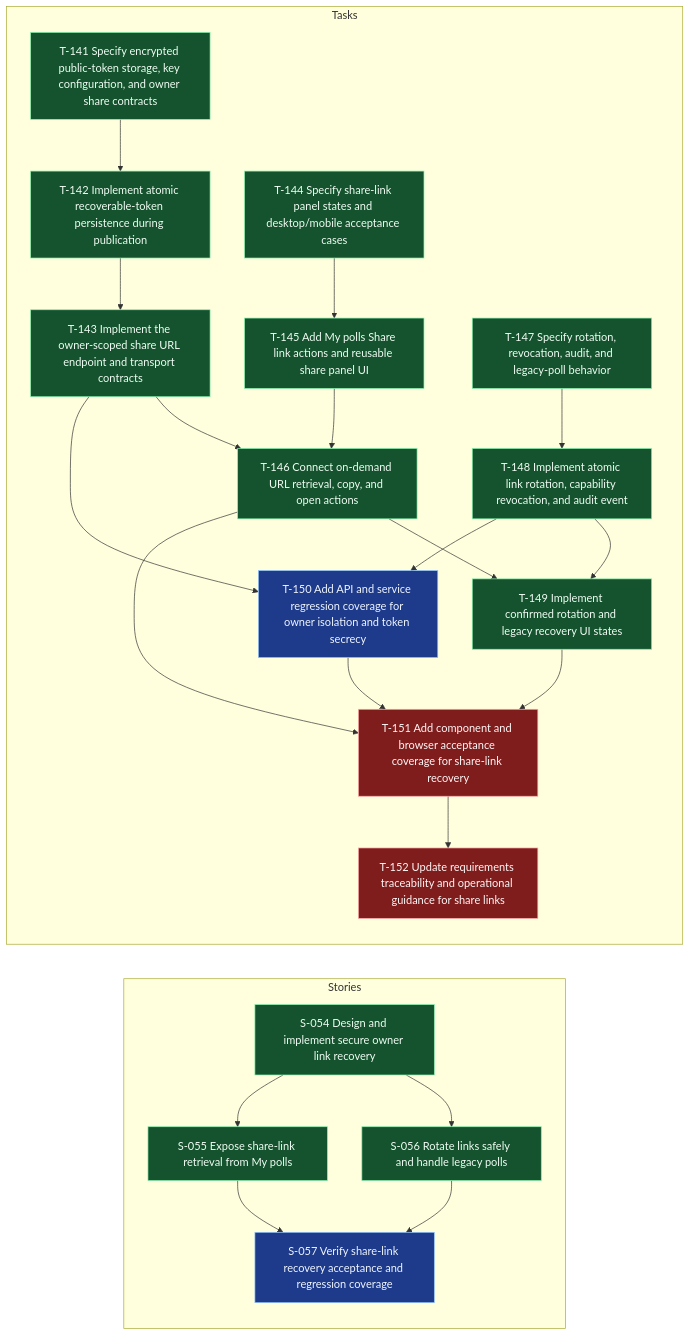
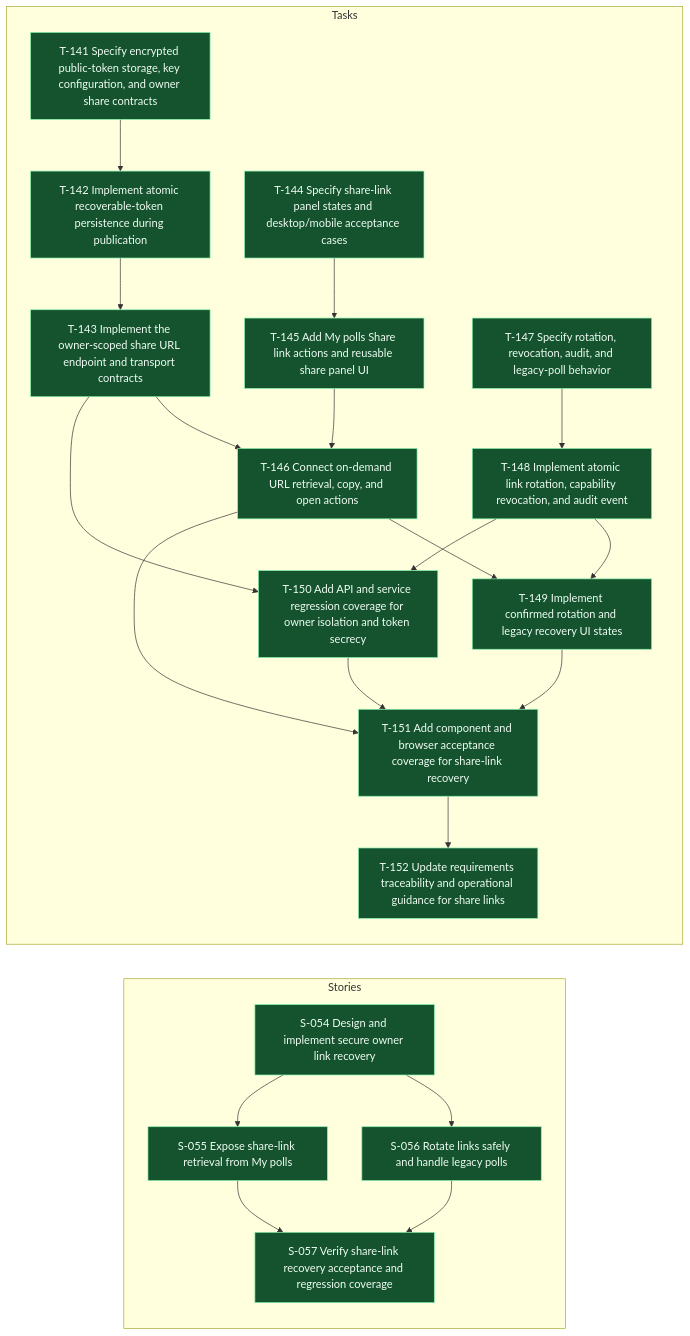
Before and after one commit to andybalham/invite-agent: the diagram in .worktracker/graphs/E-015.mmd, drawn with Mermaid. The commit also changed 19 other files, not shown here.

First line of the commit message:
feat: Implement share link recovery and rotation for polls

```diff
--- a/.worktracker/graphs/E-015.mmd
+++ b/.worktracker/graphs/E-015.mmd
@@ -1,60 +1,60 @@
 graph LR
   classDef done fill:#14532d,stroke:#86efac,color:#f0fdf4;
   classDef blocked fill:#7f1d1d,stroke:#fca5a5,color:#fff7f7;
   classDef inprogress fill:#78350f,stroke:#fbbf24,color:#fffbeb;
   classDef todo fill:#1e3a8a,stroke:#93c5fd,color:#eff6ff;
   classDef empty fill:#374151,stroke:#d1d5db,color:#f9fafb,stroke-dasharray: 3 3;
   subgraph Stories
     S054["S-054 Design and implement secure owner link recovery"]:::done
     S055["S-055 Expose share-link retrieval from My polls"]:::done
     S056["S-056 Rotate links safely and handle legacy polls"]:::done
-    S057["S-057 Verify share-link recovery acceptance and regression coverage"]:::todo
+    S057["S-057 Verify share-link recovery acceptance and regression coverage"]:::done
     S054 --> S055
     S054 --> S056
     S055 --> S057
     S056 --> S057
   end
   subgraph Tasks
     T141["T-141 Specify encrypted public-token storage, key configuration, and owner share contracts"]:::done
     T142["T-142 Implement atomic recoverable-token persistence during publication"]:::done
     T143["T-143 Implement the owner-scoped share URL endpoint and transport contracts"]:::done
     T144["T-144 Specify share-link panel states and desktop/mobile acceptance cases"]:::done
     T145["T-145 Add My polls Share link actions and reusable share panel UI"]:::done
     T146["T-146 Connect on-demand URL retrieval, copy, and open actions"]:::done
     T147["T-147 Specify rotation, revocation, audit, and legacy-poll behavior"]:::done
     T148["T-148 Implement atomic link rotation, capability revocation, and audit event"]:::done
     T149["T-149 Implement confirmed rotation and legacy recovery UI states"]:::done
-    T150["T-150 Add API and service regression coverage for owner isolation and token secrecy"]:::todo
-    T151["T-151 Add component and browser acceptance coverage for share-link recovery"]:::blocked
-    T152["T-152 Update requirements traceability and operational guidance for share links"]:::blocked
+    T150["T-150 Add API and service regression coverage for owner isolation and token secrecy"]:::done
+    T151["T-151 Add component and browser acceptance coverage for share-link recovery"]:::done
+    T152["T-152 Update requirements traceability and operational guidance for share links"]:::done
     T141 --> T142
     T142 --> T143
     T143 --> T146
     T143 --> T150
     T144 --> T145
     T145 --> T146
     T146 --> T149
     T146 --> T151
     T147 --> T148
     T148 --> T149
     T148 --> T150
     T149 --> T151
     T150 --> T151
     T151 --> T152
   end
   click S054 "../entities/S-054-design-and-implement-secure-owner-link-recovery.md"
   click S055 "../entities/S-055-expose-share-link-retrieval-from-my-polls.md"
   click S056 "../entities/S-056-rotate-links-safely-and-handle-legacy-polls.md"
   click S057 "../entities/S-057-verify-share-link-recovery-acceptance-and-regression-coverage.md"
   click T141 "../entities/T-141-specify-encrypted-public-token-storage-key-configuration-and-owner-share-contracts.md"
   click T142 "../entities/T-142-implement-atomic-recoverable-token-persistence-during-publication.md"
   click T143 "../entities/T-143-implement-the-owner-scoped-share-url-endpoint-and-transport-contracts.md"
   click T144 "../entities/T-144-specify-share-link-panel-states-and-desktop-mobile-acceptance-cases.md"
   click T145 "../entities/T-145-add-my-polls-share-link-actions-and-reusable-share-panel-ui.md"
   click T146 "../entities/T-146-connect-on-demand-url-retrieval-copy-and-open-actions.md"
   click T147 "../entities/T-147-specify-rotation-revocation-audit-and-legacy-poll-behavior.md"
   click T148 "../entities/T-148-implement-atomic-link-rotation-capability-revocation-and-audit-event.md"
   click T149 "../entities/T-149-implement-confirmed-rotation-and-legacy-recovery-ui-states.md"
   click T150 "../entities/T-150-add-api-and-service-regression-coverage-for-owner-isolation-and-token-secrecy.md"
   click T151 "../entities/T-151-add-component-and-browser-acceptance-coverage-for-share-link-recovery.md"
   click T152 "../entities/T-152-update-requirements-traceability-and-operational-guidance-for-share-links.md"
```
